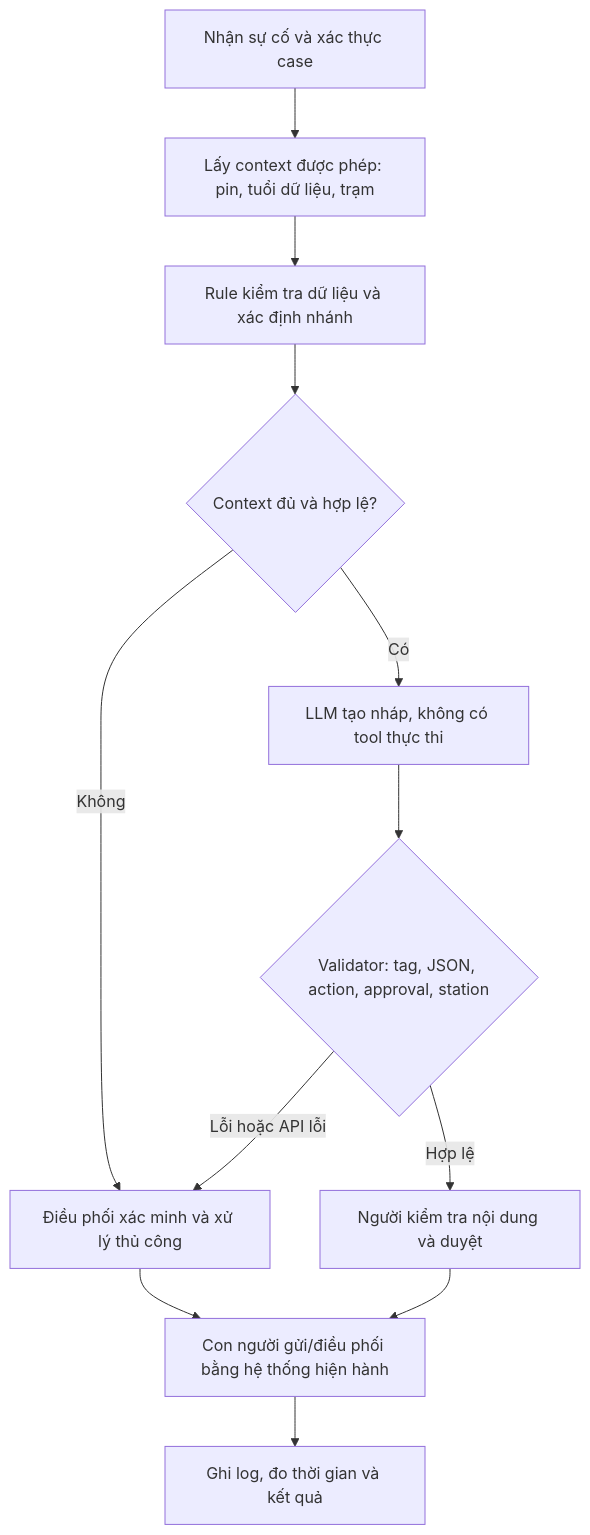
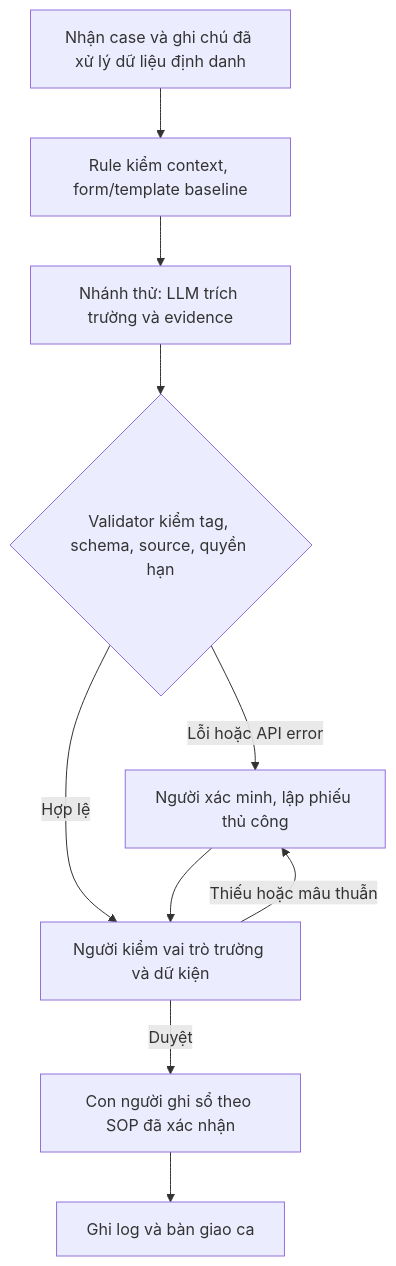
The diagram in 02-deep-dive-report.md (hmhuyyy/VinUni_Codelab_Day02_Group), drawn with Mermaid before and after one commit. The commit also changed other lines of this file and 6 other files, not shown here.

````diff
--- a/02-deep-dive-report.md
+++ b/02-deep-dive-report.md
@@ -99,14 +72,12 @@
 ```mermaid
 flowchart TD
- A[Nhận sự cố và xác thực case] --> B[Lấy context được phép: pin, tuổi dữ liệu, trạm]
- B --> C[Rule kiểm tra dữ liệu và xác định nhánh]
- C --> D{Context đủ và hợp lệ?}
- D -- Không --> H[Điều phối xác minh và xử lý thủ công]
- D -- Có --> E[LLM tạo nháp, không có tool thực thi]
- E --> F{Validator: tag, JSON, action, approval, station}
- F -- Lỗi hoặc API lỗi --> H
- F -- Hợp lệ --> G[Người kiểm tra nội dung và duyệt]
- G --> I[Con người gửi/điều phối bằng hệ thống hiện hành]
- H --> I
- I --> J[Ghi log, đo thời gian và kết quả]
+ A[Nhận case và ghi chú đã xử lý dữ liệu định danh] --> B[Rule kiểm context, form/template baseline]
+ B --> C[Nhánh thử: LLM trích trường và evidence]
+ C --> D{Validator kiểm tag, schema, source, quyền hạn}
+ D -- Lỗi hoặc API error --> H[Người xác minh, lập phiếu thủ công]
+ D -- Hợp lệ --> E[Người kiểm vai trò trường và dữ kiện]
+ E -- Thiếu hoặc mâu thuẫn --> H
+ H --> E
+ E -- Duyệt --> F[Con người ghi sổ theo SOP đã xác nhận]
+ F --> G[Ghi log và bàn giao ca]
 ```
````
